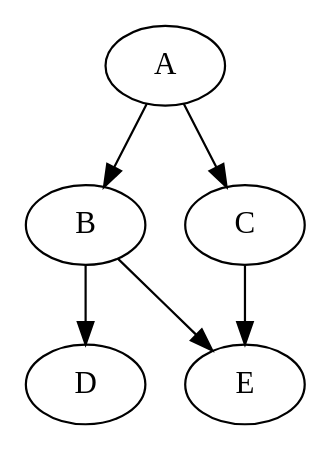
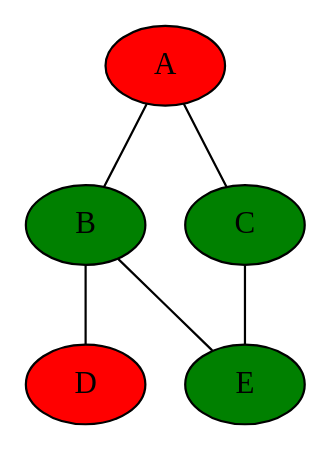
Before and after one commit to Zhaojia-Liang/CST499-OAOCR: the diagram in file.dot, drawn with Graphviz. The commit also changed 2 other files, not shown here.

```diff
--- a/file.dot
+++ b/file.dot
@@ -1,24 +1,39 @@
-digraph G {
+graph G {
 	graph [bb="0,0,126,180"];
 	node [label="\N"];
-	A	[height=0.5,
+	1	[fillcolor=red,
+		height=0.5,
+		label=A,
 		pos="63,162",
+		style=filled,
 		width=0.75];
-	B	[height=0.5,
+	2	[fillcolor=green,
+		height=0.5,
+		label=B,
 		pos="27,90",
+		style=filled,
 		width=0.75];
-	A -> B	[pos="e,35.304,107.15 54.65,144.76 50.288,136.28 44.853,125.71 39.959,116.2"];
-	C	[height=0.5,
+	1 -- 2	[pos="54.65,144.76 48.835,133.46 41.11,118.44 35.304,107.15"];
+	3	[fillcolor=green,
+		height=0.5,
+		label=C,
 		pos="99,90",
+		style=filled,
 		width=0.75];
-	A -> C	[pos="e,90.696,107.15 71.35,144.76 75.712,136.28 81.147,125.71 86.041,116.2"];
-	D	[height=0.5,
+	1 -- 3	[pos="71.35,144.76 77.165,133.46 84.89,118.44 90.696,107.15"];
+	4	[fillcolor=red,
+		height=0.5,
+		label=D,
 		pos="27,18",
+		style=filled,
 		width=0.75];
-	B -> D	[pos="e,27,36.104 27,71.697 27,63.983 27,54.712 27,46.112"];
-	E	[height=0.5,
+	2 -- 4	[pos="27,71.697 27,60.846 27,46.917 27,36.104"];
+	5	[fillcolor=green,
+		height=0.5,
+		label=E,
 		pos="99,18",
+		style=filled,
 		width=0.75];
-	B -> E	[pos="e,84.204,33.385 41.57,74.834 51.75,64.938 65.524,51.546 77.031,40.359"];
-	C -> E	[pos="e,99,36.104 99,71.697 99,63.983 99,54.712 99,46.112"];
+	2 -- 5	[pos="41.57,74.834 53.98,62.77 71.731,45.512 84.204,33.385"];
+	3 -- 5	[pos="99,71.697 99,60.846 99,46.917 99,36.104"];
 }
```
